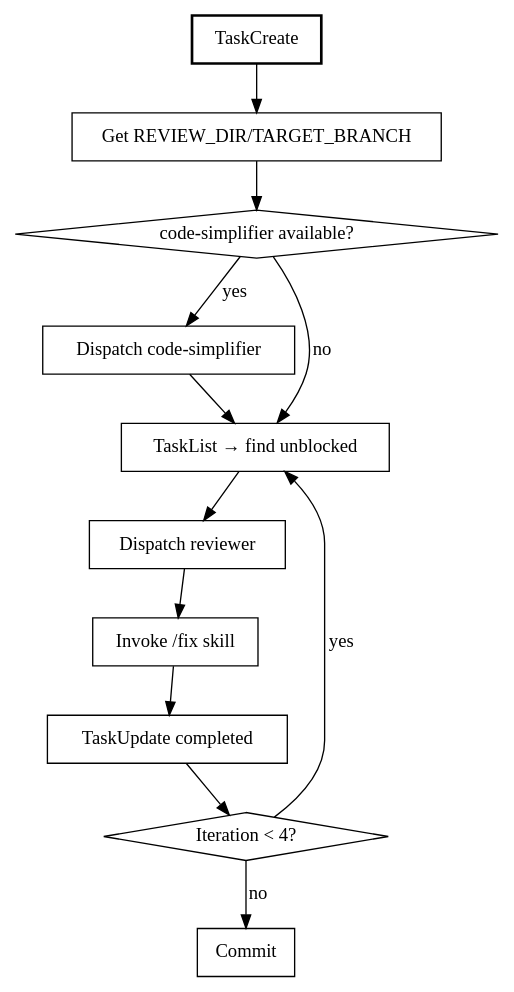
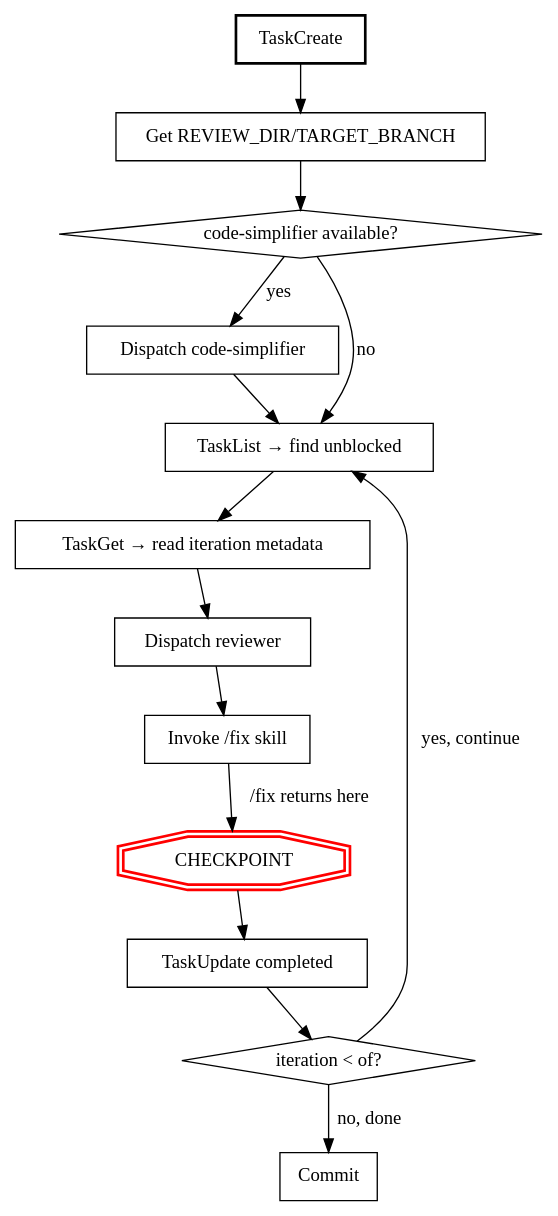
Before and after one commit to onsails/cc: the diagram in review-loop/skills/review-loop/SKILL.md, drawn with Graphviz. The commit also changed other lines of this file and 1 other file, not shown here.

First line of the commit message:
fix(review-loop): add explicit checkpoint to prevent premature loop exit

````diff
--- a/review-loop/skills/review-loop/SKILL.md
+++ b/review-loop/skills/review-loop/SKILL.md
@@ -65,27 +65,31 @@
 ```dot
 digraph review_loop {
     rankdir=TB;
     "TaskCreate" [shape=box, style=bold];
     "Get REVIEW_DIR/TARGET_BRANCH" [shape=box];
     "code-simplifier available?" [shape=diamond];
     "Dispatch code-simplifier" [shape=box];
     "TaskList → find unblocked" [shape=box];
+    "TaskGet → read iteration metadata" [shape=box];
     "Dispatch reviewer" [shape=box];
     "Invoke /fix skill" [shape=box];
+    "CHECKPOINT" [shape=doubleoctagon, style=bold, color=red];
     "TaskUpdate completed" [shape=box];
-    "Iteration < 4?" [shape=diamond];
+    "iteration < of?" [shape=diamond];
     "Commit" [shape=box];
 
     "TaskCreate" -> "Get REVIEW_DIR/TARGET_BRANCH";
     "Get REVIEW_DIR/TARGET_BRANCH" -> "code-simplifier available?";
     "code-simplifier available?" -> "Dispatch code-simplifier" [label="yes"];
     "code-simplifier available?" -> "TaskList → find unblocked" [label="no"];
     "Dispatch code-simplifier" -> "TaskList → find unblocked";
-    "TaskList → find unblocked" -> "Dispatch reviewer";
+    "TaskList → find unblocked" -> "TaskGet → read iteration metadata";
+    "TaskGet → read iteration metadata" -> "Dispatch reviewer";
     "Dispatch reviewer" -> "Invoke /fix skill";
-    "Invoke /fix skill" -> "TaskUpdate completed";
-    "TaskUpdate completed" -> "Iteration < 4?";
-    "Iteration < 4?" -> "TaskList → find unblocked" [label="yes"];
-    "Iteration < 4?" -> "Commit" [label="no"];
+    "Invoke /fix skill" -> "CHECKPOINT" [label="/fix returns here"];
+    "CHECKPOINT" -> "TaskUpdate completed";
+    "TaskUpdate completed" -> "iteration < of?";
+    "iteration < of?" -> "TaskList → find unblocked" [label="yes, continue"];
+    "iteration < of?" -> "Commit" [label="no, done"];
 }
 ```
````
